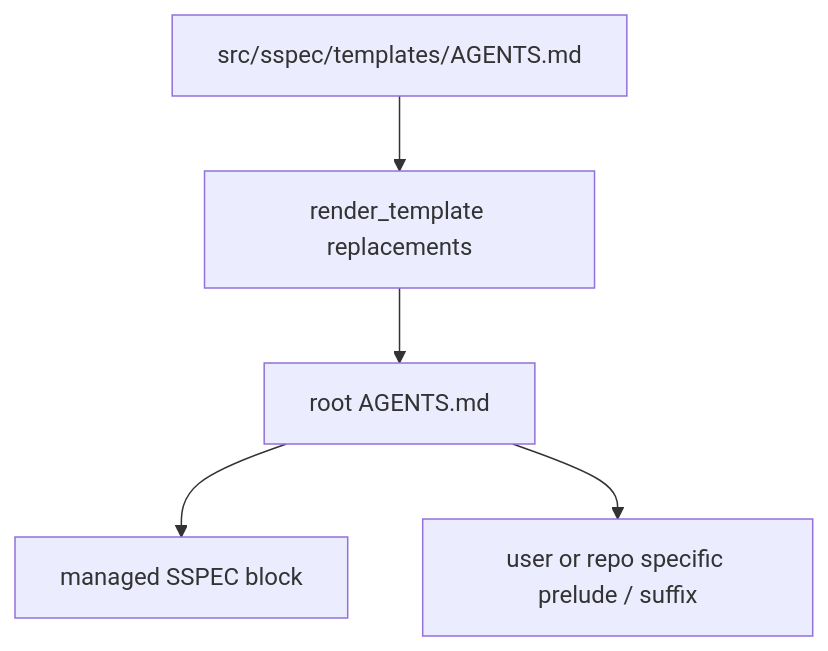
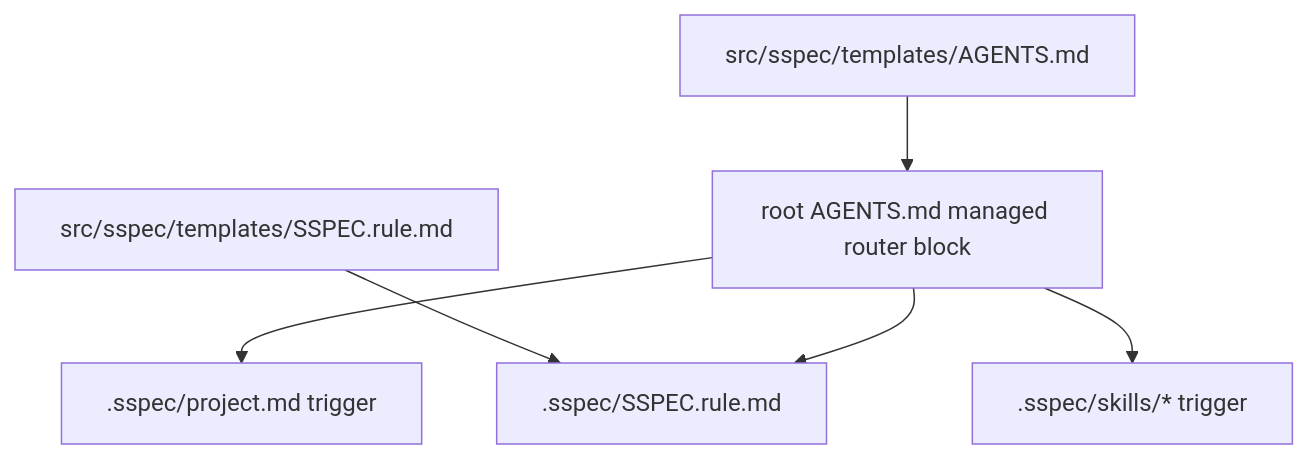
The diagram in .sspec/spec-docs/agents-sync.md (frostime/simpe-spec), drawn with Mermaid before and after one commit. The commit also changed other lines of this file and 21 other files, not shown here.

Commit message:
🚧 wip(sspec): implement slim agents router

````diff
--- a/.sspec/spec-docs/agents-sync.md
+++ b/.sspec/spec-docs/agents-sync.md
@@ -27,7 +34,8 @@
 ```mermaid
 graph TD
-    T[src/sspec/templates/AGENTS.md] --> R[render_template replacements]
-    R --> A[root AGENTS.md]
-    A --> B[managed SSPEC block]
-    A --> C[user or repo specific prelude / suffix]
+    A[src/sspec/templates/AGENTS.md] --> R[root AGENTS.md managed router block]
+    F[src/sspec/templates/SSPEC.rule.md] --> S[.sspec/SSPEC.rule.md]
+    R --> P[.sspec/project.md trigger]
+    R --> S
+    R --> K[.sspec/skills/* trigger]
 ```
````
